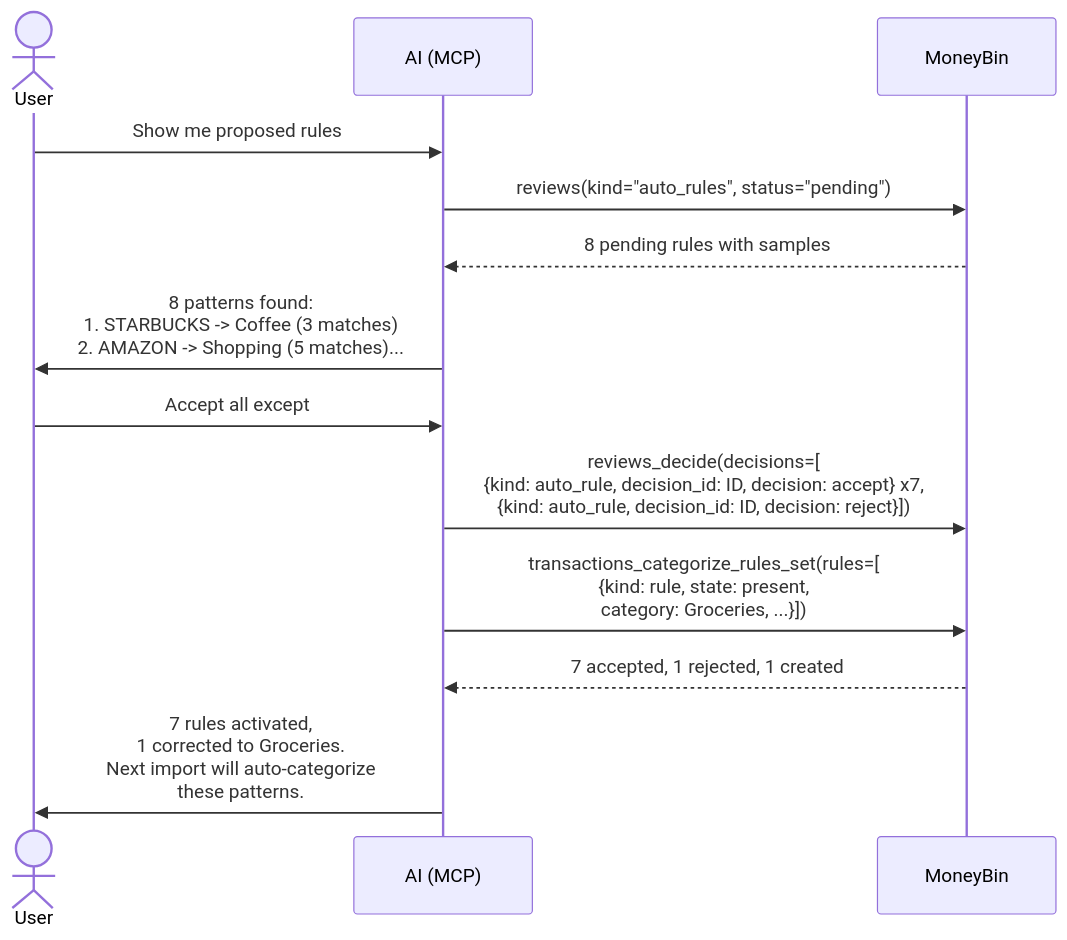
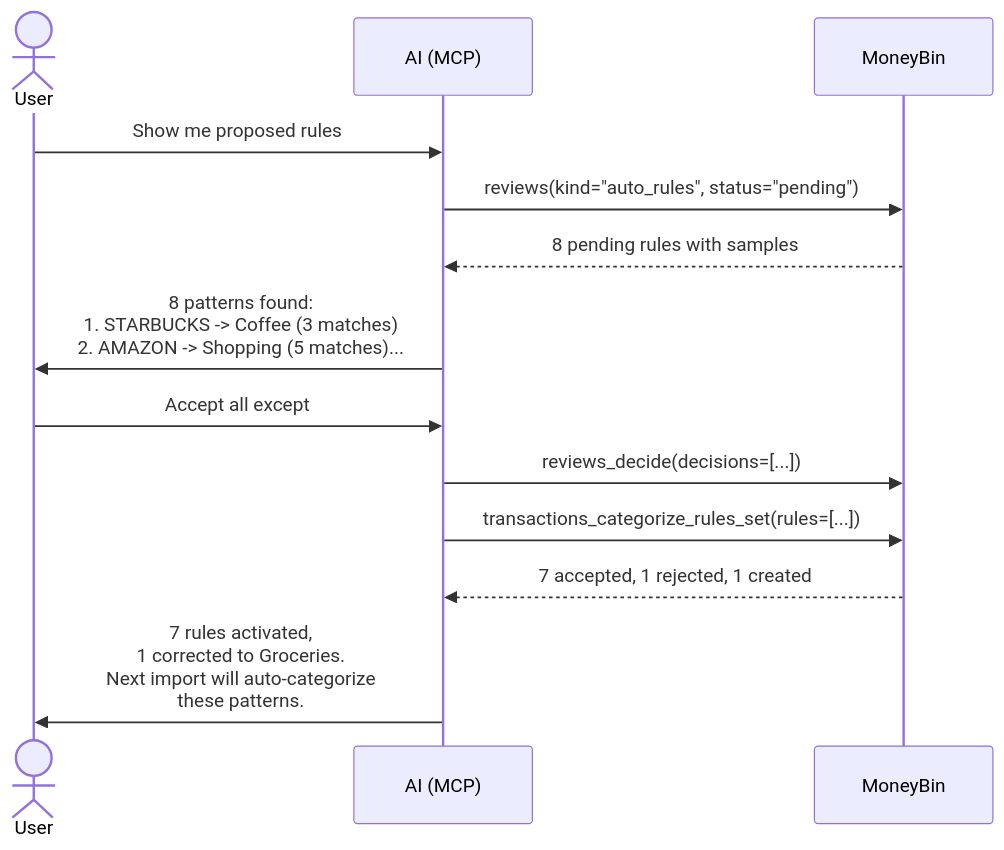
The diagram in docs/specs/categorization-auto-rules.md (bsaffel/moneybin), drawn with Mermaid before and after one commit. The commit also changed 59 other files, not shown here.

````diff
--- a/docs/specs/categorization-auto-rules.md
+++ b/docs/specs/categorization-auto-rules.md
@@ -245,16 +245,16 @@
 ```mermaid
 sequenceDiagram
     actor User
     participant AI as AI (MCP)
     participant Sys as MoneyBin
 
     User->>AI: Show me proposed rules
     AI->>Sys: reviews(kind="auto_rules", status="pending")
     Sys-->>AI: 8 pending rules with samples
     AI->>User: 8 patterns found:<br/>1. STARBUCKS -> Coffee (3 matches)<br/>2. AMAZON -> Shopping (5 matches)...
     User->>AI: Accept all except #4,<br/>that should be Groceries
-    AI->>Sys: reviews_decide(decisions=[<br/>{kind: auto_rule, decision_id: ID, decision: accept} x7,<br/>{kind: auto_rule, decision_id: ID, decision: reject}])
-    AI->>Sys: transactions_categorize_rules_set(rules=[<br/>{kind: rule, state: present,<br/>category: Groceries, ...}])
+    AI->>Sys: reviews_decide(decisions=[...])
+    AI->>Sys: transactions_categorize_rules_set(rules=[...])
     Sys-->>AI: 7 accepted, 1 rejected, 1 created
     AI->>User: 7 rules activated,<br/>1 corrected to Groceries.<br/>Next import will auto-categorize<br/>these patterns.
 ```
````
